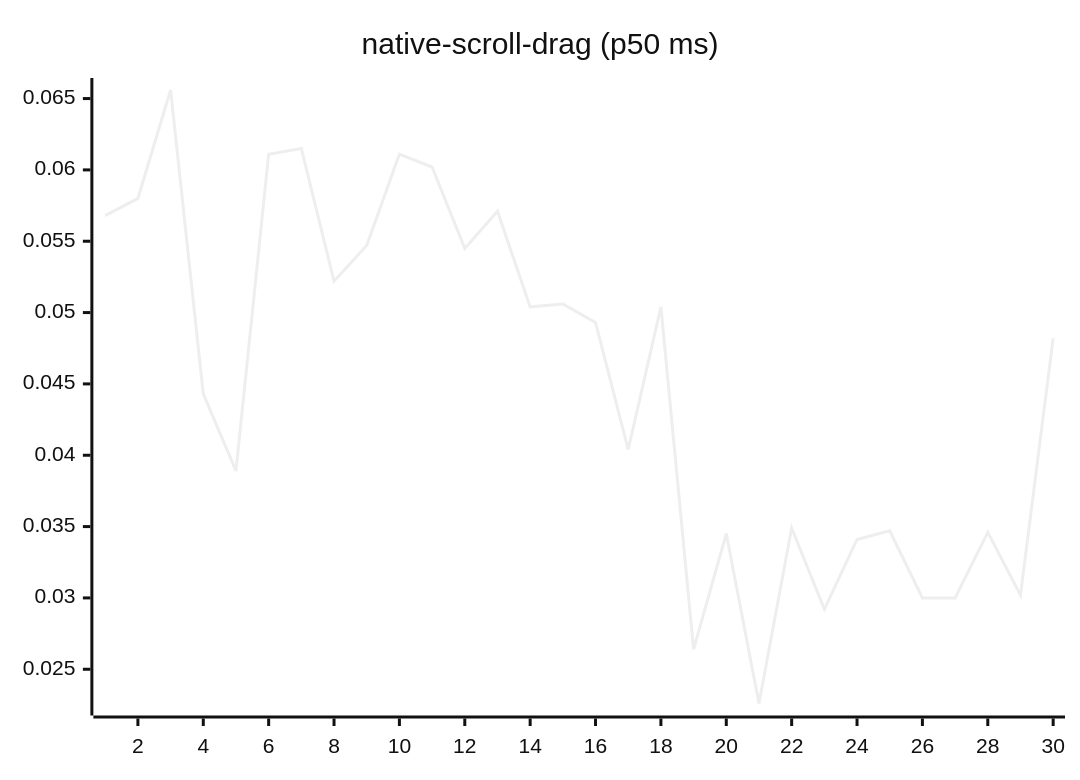
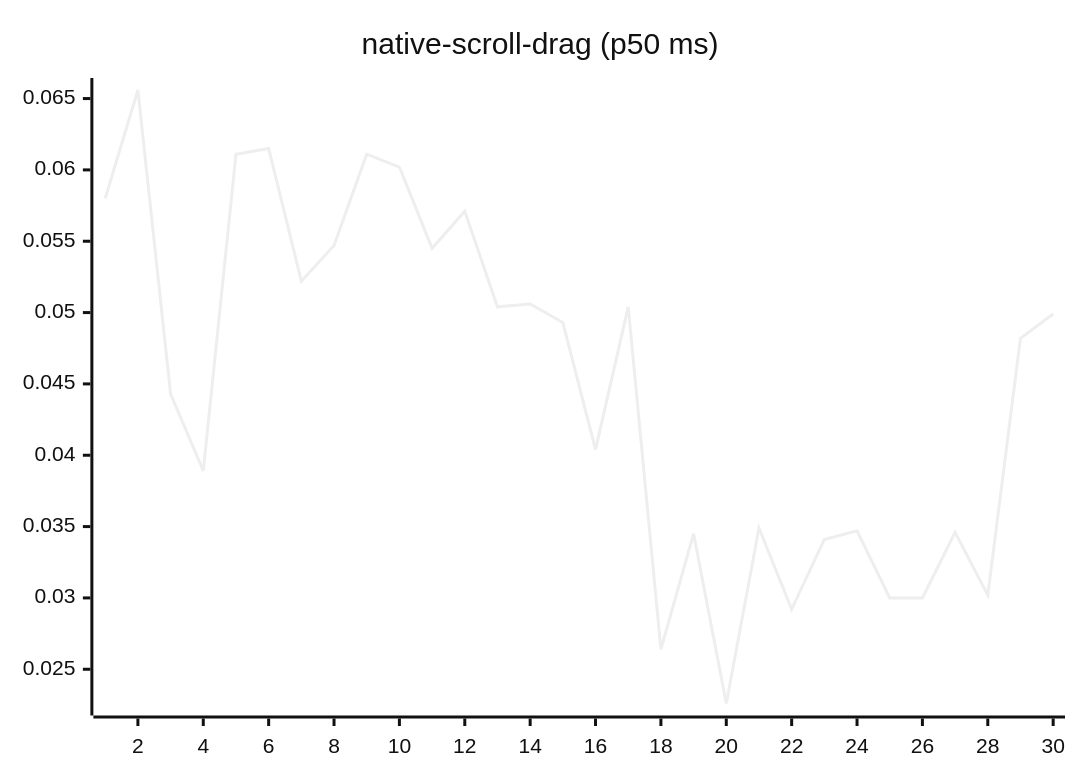
Before and after one commit to josha/Facet: diagram 14 of 27 in README.md, drawn with Mermaid (neutral theme). The commit also changed other lines of this file and 2 other files, not shown here.

````diff
--- a/README.md
+++ b/README.md
@@ -154,6 +154,6 @@
 ```mermaid
 xychart-beta
     title "native-scroll-drag (p50 ms)"
     x-axis 1 --> 30
-    line [0.0568, 0.0580, 0.0656, 0.0443, 0.0389, 0.0611, 0.0615, 0.0522, 0.0547, 0.0611, 0.0602, 0.0545, 0.0571, 0.0504, 0.0506, 0.0493, 0.0404, 0.0504, 0.0264, 0.0345, 0.0226, 0.0349, 0.0292, 0.0341, 0.0347, 0.0300, 0.0300, 0.0346, 0.0302, 0.0482]
+    line [0.0580, 0.0656, 0.0443, 0.0389, 0.0611, 0.0615, 0.0522, 0.0547, 0.0611, 0.0602, 0.0545, 0.0571, 0.0504, 0.0506, 0.0493, 0.0404, 0.0504, 0.0264, 0.0345, 0.0226, 0.0349, 0.0292, 0.0341, 0.0347, 0.0300, 0.0300, 0.0346, 0.0302, 0.0482, 0.0499]
 ```
````
